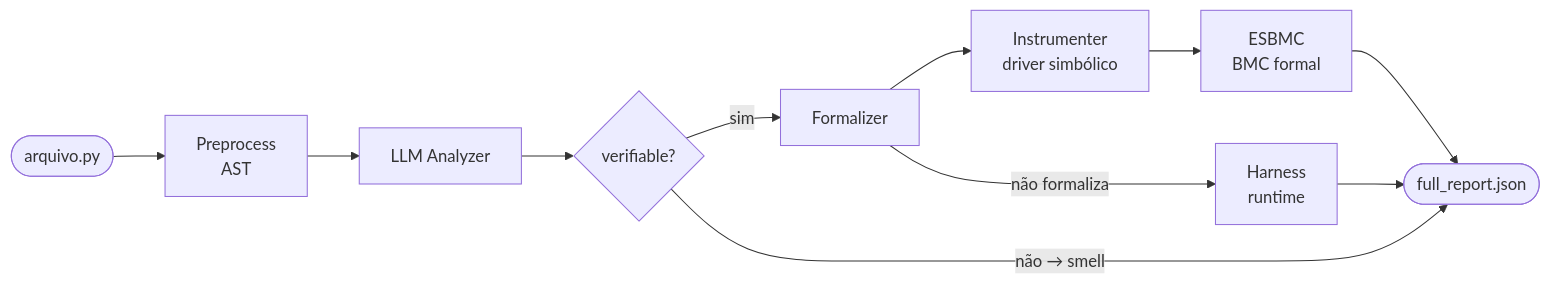
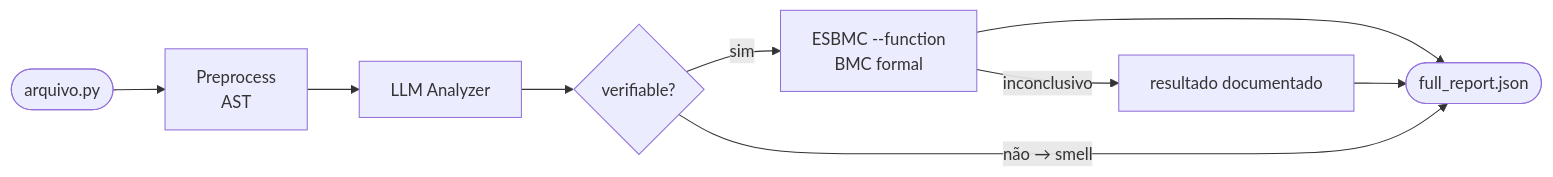
The diagram in README.md (feralice/llm-esbmc-pipeline), drawn with Mermaid before and after one commit. The commit also changed other lines of this file and 38 other files, not shown here.

Commit message:
Pipeline refactoring: using the --function  feature in esbmc to simplify the pipeline. esbmc-only workflow, llm+esbmc, and llm-only

````diff
--- a/README.md
+++ b/README.md
@@ -12,13 +12,11 @@
 ```mermaid
 flowchart LR
     A([arquivo.py]) --> B[Preprocess\nAST]
     B --> C[LLM Analyzer]
     C --> D{verifiable?}
-    D -- sim --> E[Formalizer]
-    E --> F[Instrumenter\ndriver simbólico]
-    F --> G[ESBMC\nBMC formal]
-    G --> H([full_report.json])
+    D -- sim --> E[ESBMC --function\nBMC formal]
+    E --> H([full_report.json])
     D -- não → smell --> H
-    E -- não formaliza --> J[Harness\nruntime]
+    E -- inconclusivo --> J[resultado documentado]
     J --> H
 ```
````
